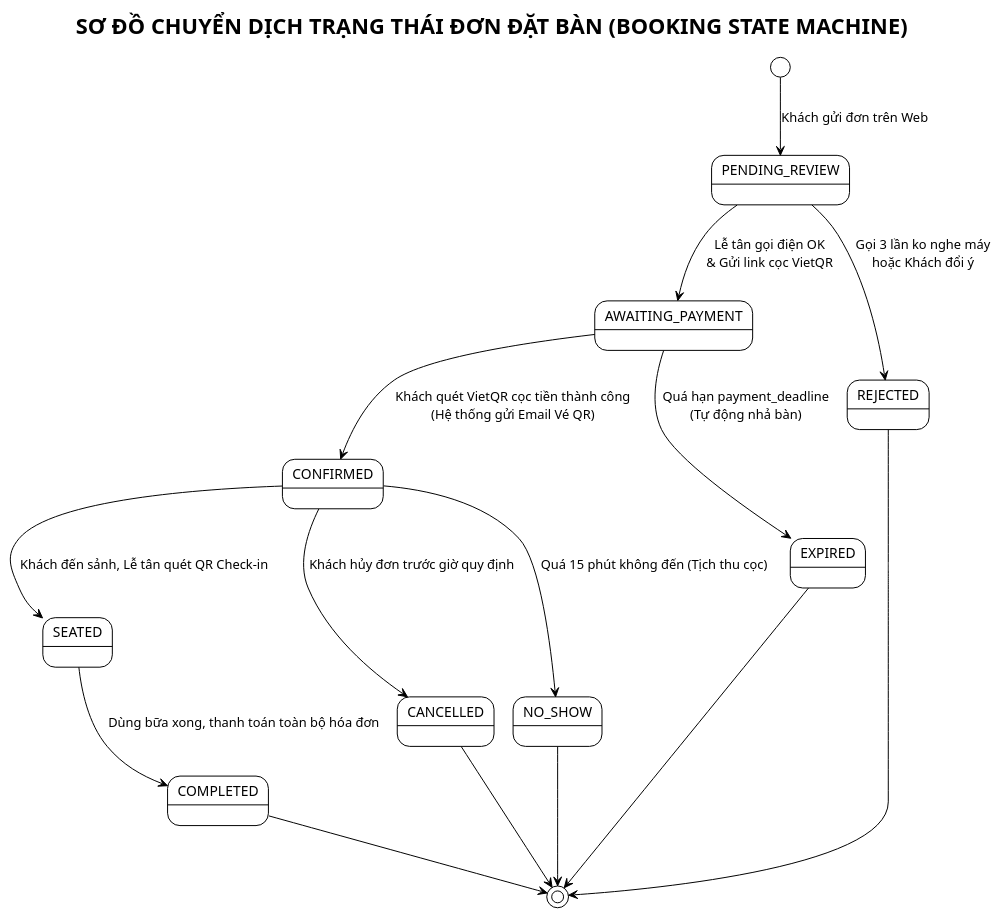
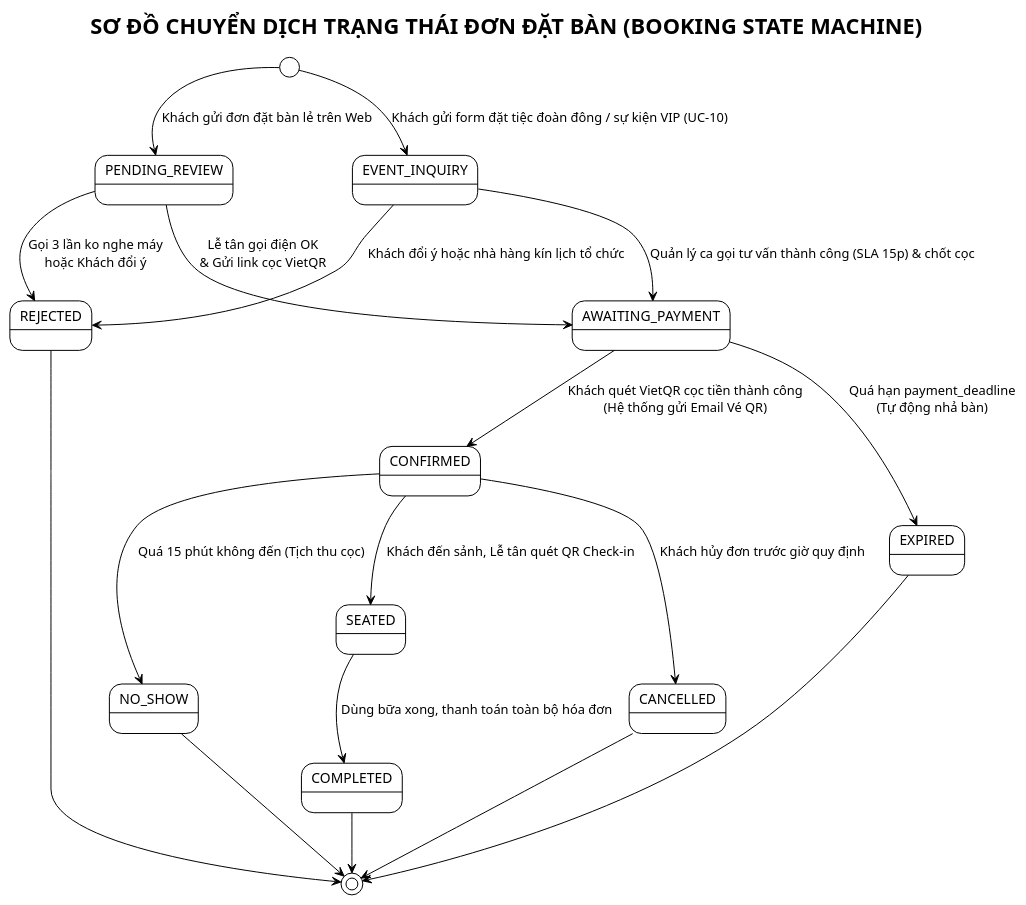
Before and after one commit to Zerbc123/Project_SBA301: the second of 5 diagrams in doc/booking/DATABASE_DESIGN_BOOKING.md, drawn with PlantUML. The commit also changed other lines of this file and 38 other files, not shown here.

Commit message:
feat(notification-service): complete e2e booking lifecycle, consultation record flow, qr payment, and documentation sync

````diff
--- a/doc/booking/DATABASE_DESIGN_BOOKING.md
+++ b/doc/booking/DATABASE_DESIGN_BOOKING.md
@@ -271,32 +272,36 @@
 ```plantuml
 @startuml TableMaster_Booking_State_Machine
 !theme plain
 skinparam state {
   BackgroundColor White
   BorderColor Black
 }
 
 title SƠ ĐỒ CHUYỂN DỊCH TRẠNG THÁI ĐƠN ĐẶT BÀN (BOOKING STATE MACHINE)
 
-[*] --> PENDING_REVIEW : Khách gửi đơn trên Web
+[*] --> PENDING_REVIEW : Khách gửi đơn đặt bàn lẻ trên Web
+[*] --> EVENT_INQUIRY : Khách gửi form đặt tiệc đoàn đông / sự kiện VIP (UC-10)
+
+EVENT_INQUIRY --> AWAITING_PAYMENT : Quản lý ca gọi tư vấn thành công (SLA 15p) & chốt cọc
+EVENT_INQUIRY --> REJECTED : Khách đổi ý hoặc nhà hàng kín lịch tổ chức
 
 PENDING_REVIEW --> AWAITING_PAYMENT : Lễ tân gọi điện OK\n& Gửi link cọc VietQR
 PENDING_REVIEW --> REJECTED : Gọi 3 lần ko nghe máy\nhoặc Khách đổi ý
 
 AWAITING_PAYMENT --> CONFIRMED : Khách quét VietQR cọc tiền thành công\n(Hệ thống gửi Email Vé QR)
 AWAITING_PAYMENT --> EXPIRED : Quá hạn payment_deadline\n(Tự động nhả bàn)
 
 CONFIRMED --> SEATED : Khách đến sảnh, Lễ tân quét QR Check-in
 CONFIRMED --> CANCELLED : Khách hủy đơn trước giờ quy định
 CONFIRMED --> NO_SHOW : Quá 15 phút không đến (Tịch thu cọc)
 
 SEATED --> COMPLETED : Dùng bữa xong, thanh toán toàn bộ hóa đơn
 
 REJECTED --> [*]
 EXPIRED --> [*]
 CANCELLED --> [*]
 NO_SHOW --> [*]
 COMPLETED --> [*]
 
 @enduml
 ```
````
